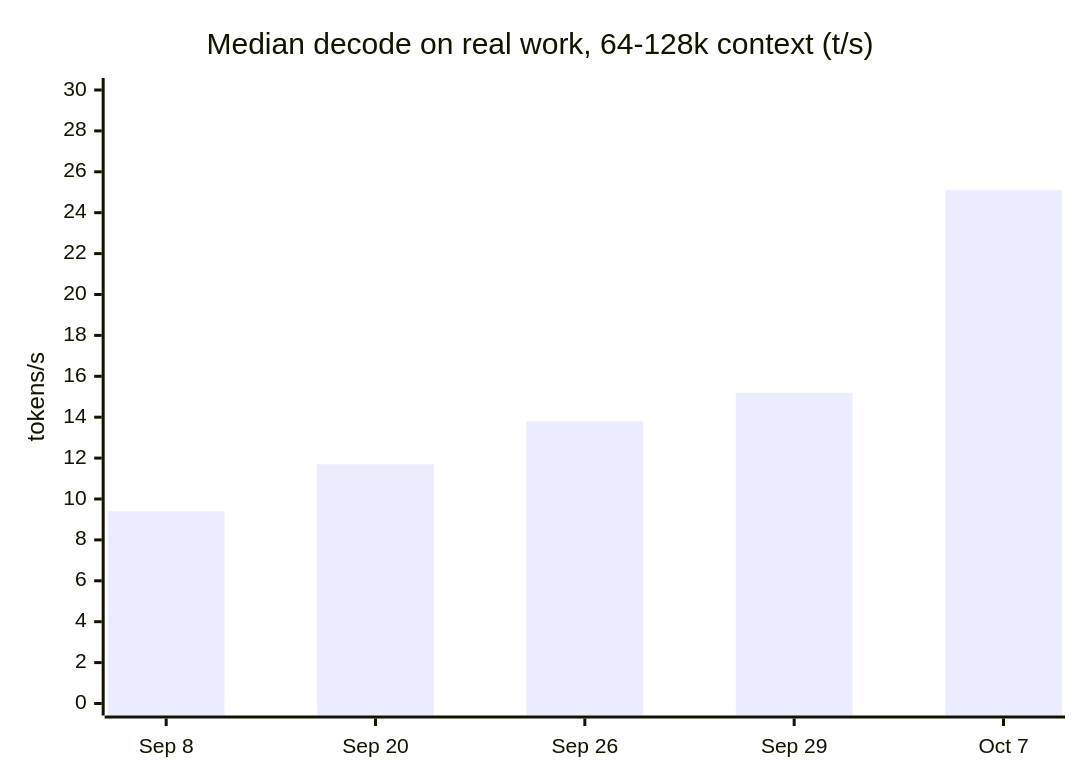
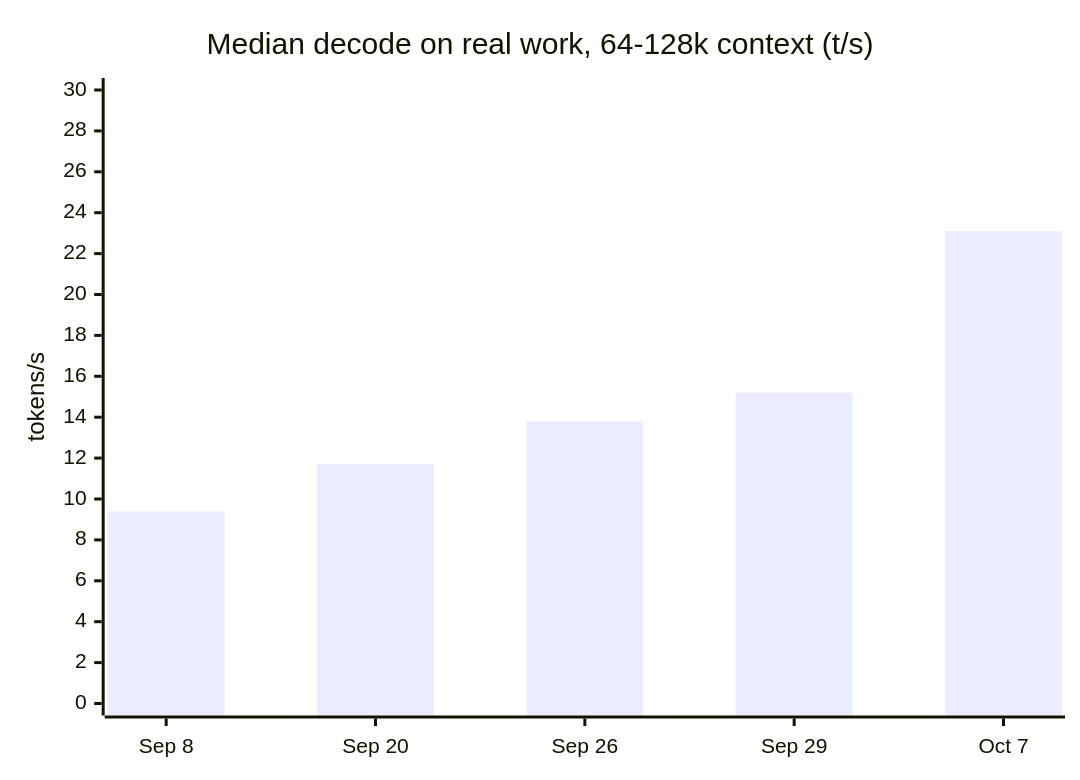
Before and after one commit to leastsurprise/local-inference-setup: the sixth of 8 diagrams in history/flash-next-history.md, drawn with Mermaid. The commit also changed other lines of this file and 13 other files, not shown here.

````diff
--- a/history/flash-next-history.md
+++ b/history/flash-next-history.md
@@ -290,7 +290,7 @@
 ```mermaid
 xychart-beta
     title "Median decode on real work, 64-128k context (t/s)"
     x-axis ["Sep 8", "Sep 20", "Sep 26", "Sep 29", "Oct 7"]
     y-axis "tokens/s" 0 --> 30
-    bar [9.4, 11.7, 13.8, 15.2, 25.1]
+    bar [9.4, 11.7, 13.8, 15.2, 23.1]
 ```
````
